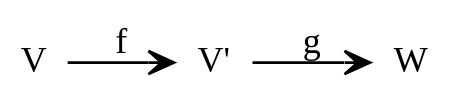
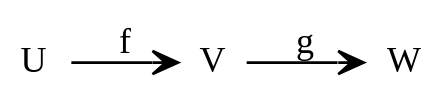
The fourth of 18 diagrams in aiura/basic-category.md (cympfh/cympfh.github.io), drawn with Graphviz before and after one commit. The commit also changed other lines of this file and 2 other files, not shown here.

````diff
--- a/aiura/basic-category.md
+++ b/aiura/basic-category.md
@@ -186,11 +187,10 @@
 ```dot
 digraph {
     graph [ bgcolor=transparent ];
     node [ width=0.0; shape=plaintext; ];
     edge [ arrowhead=vee ]
     rankdir=LR;
-    V -> V2 [label=f];
-    V2 -> W [label=g];
-    V2 [label="V'"];
+    U -> V [label=f];
+    V -> W [label=g];
 }
 ```
````
